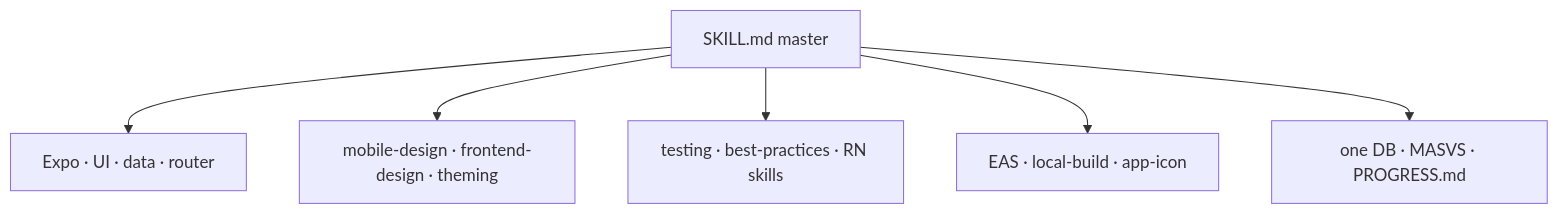
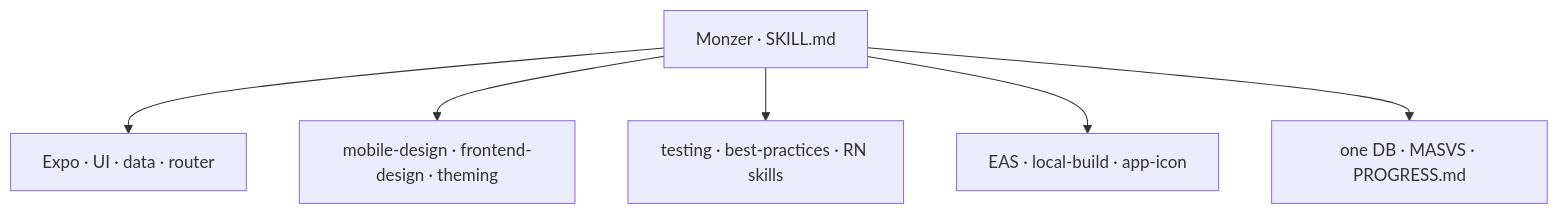
Before and after one commit to moonr5/monzer-mobile-skill: the third of 4 diagrams in README.md, drawn with Mermaid. The commit also changed other lines of this file and 5 other files, not shown here.

First line of the commit message:
Rename the skill to Monzer.

````diff
--- a/README.md
+++ b/README.md
@@ -90,9 +90,9 @@
 ```mermaid
 flowchart TB
-  MASTER[SKILL.md master]
+  MASTER[Monzer · SKILL.md]
   MASTER --> EXPO[Expo · UI · data · router]
   MASTER --> DESIGN[mobile-design · frontend-design · theming]
   MASTER --> QUALITY[testing · best-practices · RN skills]
   MASTER --> SHIP[EAS · local-build · app-icon]
   MASTER --> RULES[one DB · MASVS · PROGRESS.md]
 ```
````
